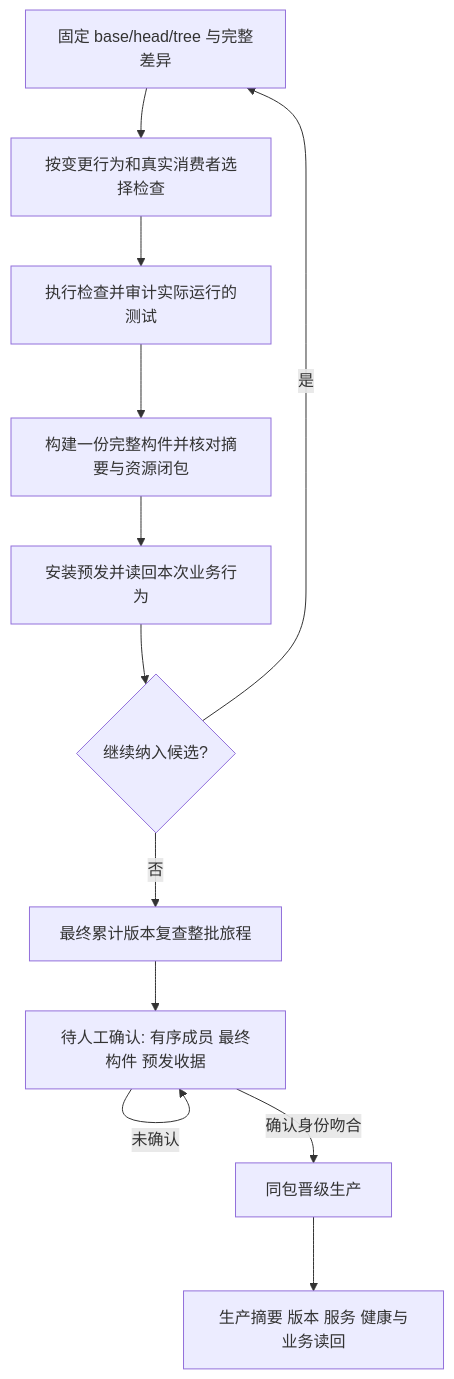
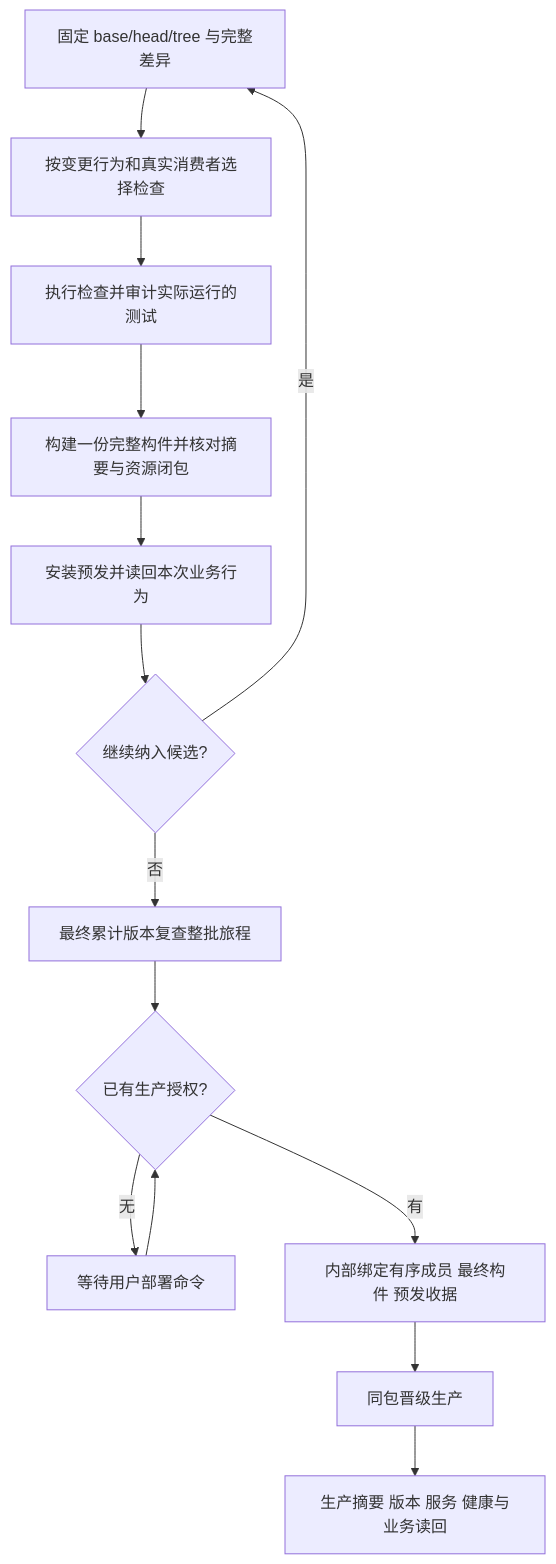
The diagram in docs/operations/domestic-main-release.md (qianlan33333-png/AI-CRM-v4), drawn with Mermaid before and after one commit. The commit also changed other lines of this file and 2 other files, not shown here.

Commit message:
docs(release): align current guidance with single deployment authorization

````diff
--- a/docs/operations/domestic-main-release.md
+++ b/docs/operations/domestic-main-release.md
@@ -9,14 +9,16 @@
 ```mermaid
 flowchart TD
  A[固定 base/head/tree 与完整差异] --> B[按变更行为和真实消费者选择检查]
  B --> C[执行检查并审计实际运行的测试]
  C --> D[构建一份完整构件并核对摘要与资源闭包]
  D --> E[安装预发并读回本次业务行为]
  E --> F{继续纳入候选?}
  F -->|是| A
  F -->|否| I[最终累计版本复查整批旅程]
- I --> J[待人工确认: 有序成员 最终构件 预发收据]
- J -->|未确认| J
- J -->|确认身份吻合| G[同包晋级生产]
+ I --> J{已有生产授权?}
+ J -->|无| K[等待用户部署命令]
+ K --> J
+ J -->|有| L[内部绑定有序成员 最终构件 预发收据]
+ L --> G[同包晋级生产]
  G --> H[生产摘要 版本 服务 健康与业务读回]
 ```
````
